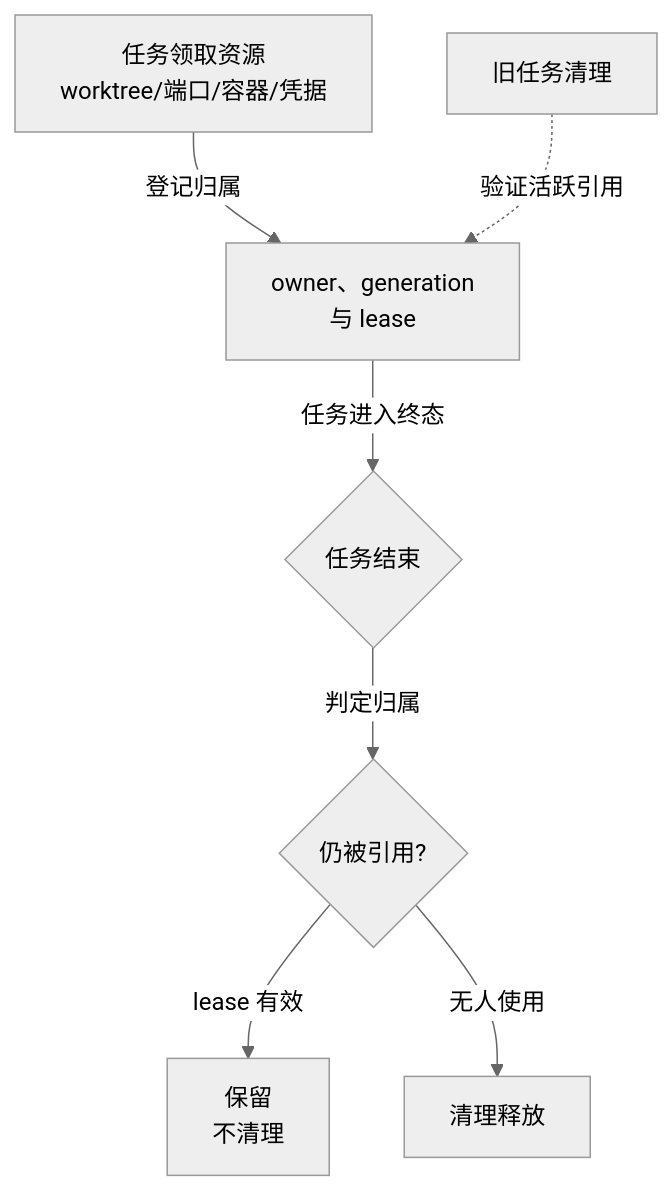
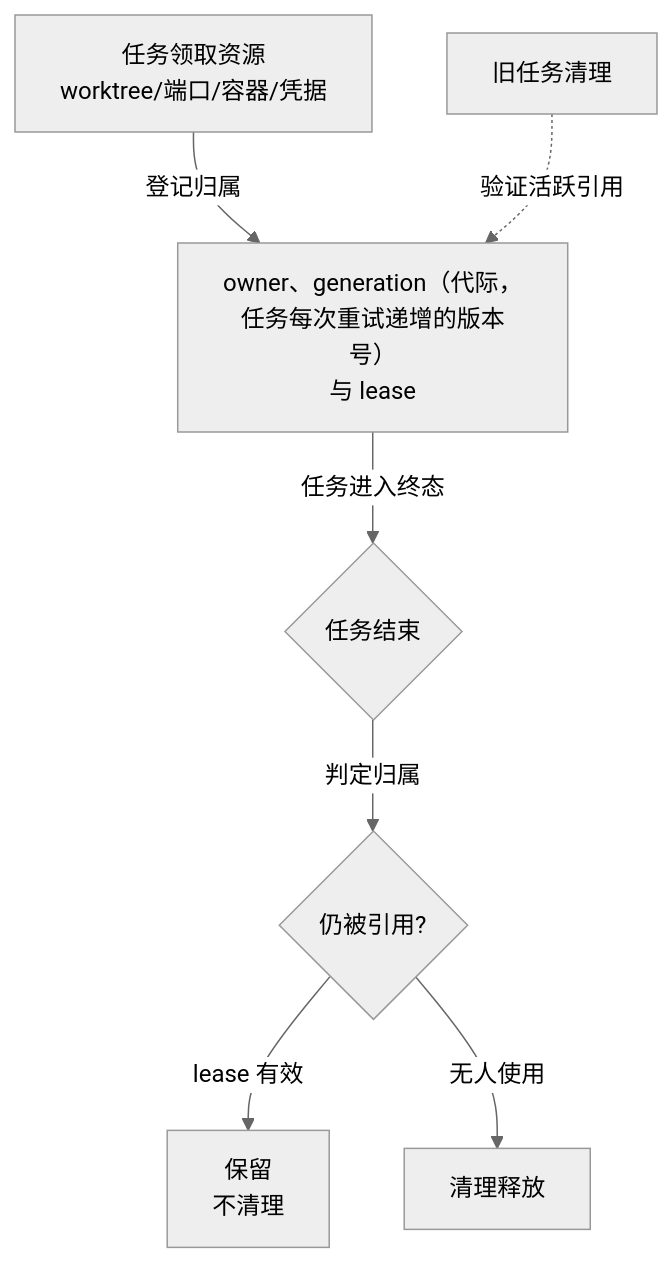
The first of 2 diagrams in vault/工程知识/AI 系统工程：从模型能力到生产能力/安全与治理/执行证据必须独立于AI结论.md (hub138/technical-knowledge), drawn with Mermaid (neutral theme) before and after one commit. The commit also changed other lines of this file and 622 other files, not shown here.

````diff
--- a/vault/工程知识/AI 系统工程：从模型能力到生产能力/安全与治理/执行证据必须独立于AI结论.md
+++ b/vault/工程知识/AI 系统工程：从模型能力到生产能力/安全与治理/执行证据必须独立于AI结论.md
@@ -93,9 +104,9 @@
 ```mermaid
 flowchart TD
-    A[任务领取资源<br/>worktree/端口/容器/凭据] -->|登记归属| B[owner、generation<br/>与 lease]
+    A[任务领取资源<br/>worktree/端口/容器/凭据] -->|登记归属| B[owner、generation（代际，任务每次重试递增的版本号）<br/>与 lease]
     B -->|任务进入终态| C{任务结束}
     C -->|判定归属| D{仍被引用?}
     D -->|lease 有效| E[保留<br/>不清理]
     D -->|无人使用| F[清理释放]
     G[旧任务清理] -.->|验证活跃引用| B
 ```
````
